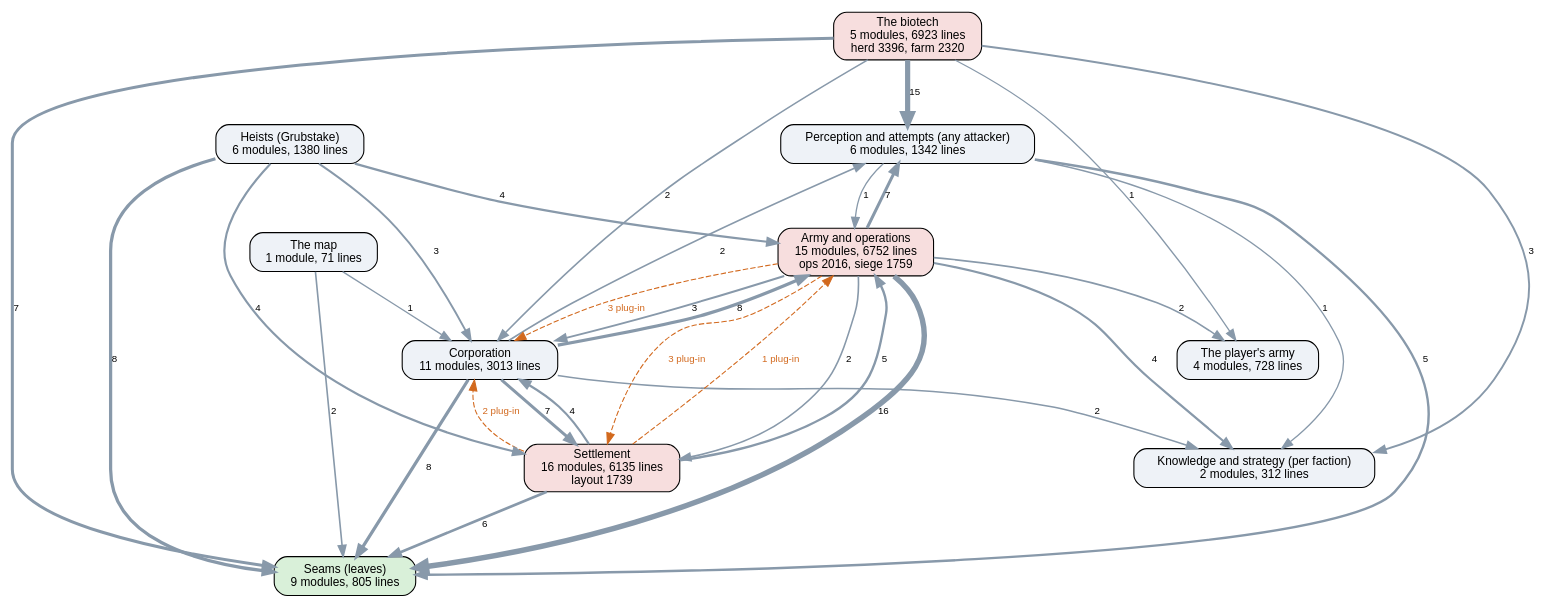
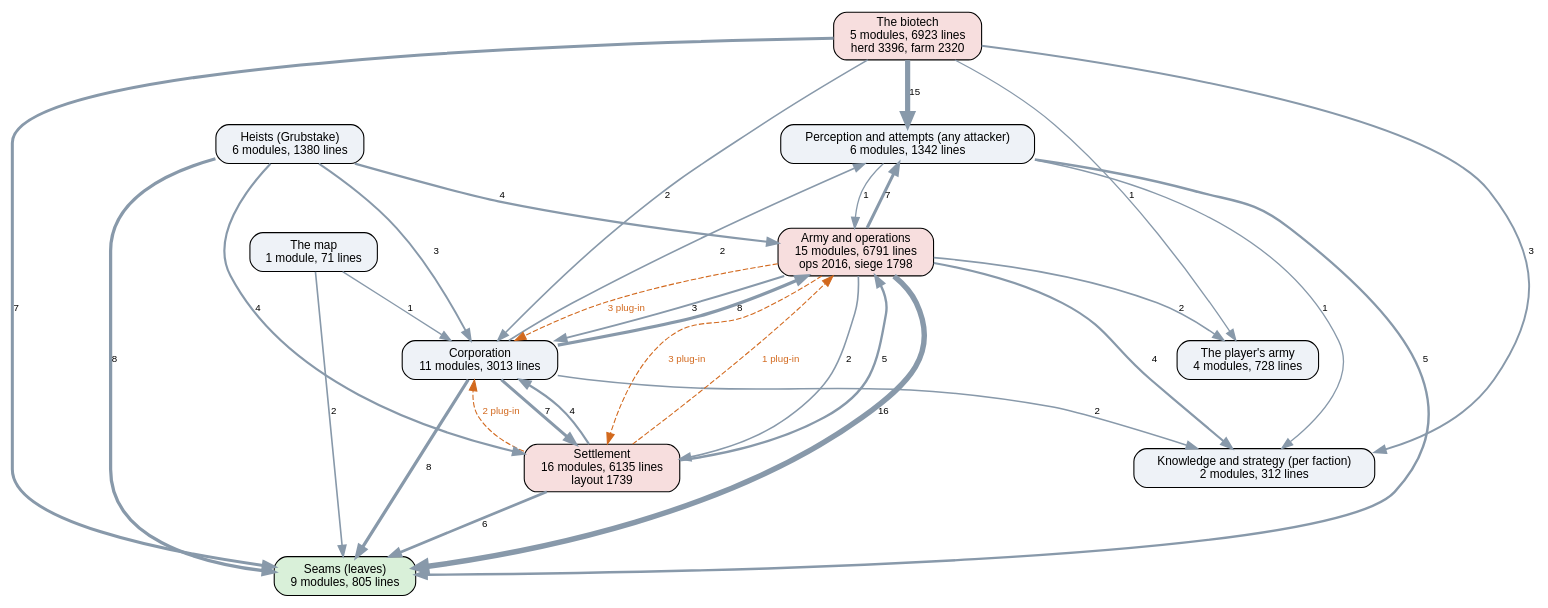
The diagram in docs/ai-layers.dot (kinelhu/landing-party), drawn with Graphviz before and after one commit. The commit also changed 7 other files, not shown here.

```diff
--- a/docs/ai-layers.dot
+++ b/docs/ai-layers.dot
@@ -1,47 +1,47 @@
 digraph layers {
   graph [rankdir=TB, fontname="Helvetica", nodesep=0.5, ranksep=0.7];
   node [shape=box, style="rounded,filled", fontname="Helvetica", fontsize=11, fillcolor="#eef2f7"];
   edge [color="#8899aa", fontname="Helvetica", fontsize=9];
   "Seams (leaves)" [label="Seams (leaves)\n9 modules, 805 lines", fillcolor="#d9f0d9"];
   "Perception and attempts (any attacker)" [label="Perception and attempts (any attacker)\n6 modules, 1342 lines", fillcolor="#eef2f7"];
   "Knowledge and strategy (per faction)" [label="Knowledge and strategy (per faction)\n2 modules, 312 lines", fillcolor="#eef2f7"];
   "Corporation" [label="Corporation\n11 modules, 3013 lines", fillcolor="#eef2f7"];
   "Settlement" [label="Settlement\n16 modules, 6135 lines\nlayout 1739", fillcolor="#f7dede"];
-  "Army and operations" [label="Army and operations\n15 modules, 6752 lines\nops 2016, siege 1759", fillcolor="#f7dede"];
+  "Army and operations" [label="Army and operations\n15 modules, 6791 lines\nops 2016, siege 1798", fillcolor="#f7dede"];
   "Heists (Grubstake)" [label="Heists (Grubstake)\n6 modules, 1380 lines", fillcolor="#eef2f7"];
   "The biotech" [label="The biotech\n5 modules, 6923 lines\nherd 3396, farm 2320", fillcolor="#f7dede"];
   "The map" [label="The map\n1 module, 71 lines", fillcolor="#eef2f7"];
   "The player's army" [label="The player's army\n4 modules, 728 lines", fillcolor="#eef2f7"];
   "Army and operations" -> "Corporation" [label="3", penwidth=1.8];
   "Army and operations" -> "Knowledge and strategy (per faction)" [label="4", penwidth=2.0];
   "Army and operations" -> "Perception and attempts (any attacker)" [label="7", penwidth=2.8];
   "Army and operations" -> "Seams (leaves)" [label="16", penwidth=5.0];
   "Army and operations" -> "Settlement" [label="2", penwidth=1.5];
   "Army and operations" -> "The player's army" [label="2", penwidth=1.5];
   "Corporation" -> "Army and operations" [label="8", penwidth=3.0];
   "Corporation" -> "Knowledge and strategy (per faction)" [label="2", penwidth=1.5];
   "Corporation" -> "Perception and attempts (any attacker)" [label="2", penwidth=1.5];
   "Corporation" -> "Seams (leaves)" [label="8", penwidth=3.0];
   "Corporation" -> "Settlement" [label="7", penwidth=2.8];
   "Heists (Grubstake)" -> "Army and operations" [label="4", penwidth=2.0];
   "Heists (Grubstake)" -> "Corporation" [label="3", penwidth=1.8];
   "Heists (Grubstake)" -> "Seams (leaves)" [label="8", penwidth=3.0];
   "Heists (Grubstake)" -> "Settlement" [label="4", penwidth=2.0];
   "Perception and attempts (any attacker)" -> "Army and operations" [label="1", penwidth=1.2];
   "Perception and attempts (any attacker)" -> "Knowledge and strategy (per faction)" [label="1", penwidth=1.2];
   "Perception and attempts (any attacker)" -> "Seams (leaves)" [label="5", penwidth=2.2];
   "Settlement" -> "Army and operations" [label="5", penwidth=2.2];
   "Settlement" -> "Corporation" [label="4", penwidth=2.0];
   "Settlement" -> "Seams (leaves)" [label="6", penwidth=2.5];
   "The biotech" -> "Corporation" [label="2", penwidth=1.5];
   "The biotech" -> "Knowledge and strategy (per faction)" [label="3", penwidth=1.8];
   "The biotech" -> "Perception and attempts (any attacker)" [label="15", penwidth=4.8];
   "The biotech" -> "Seams (leaves)" [label="7", penwidth=2.8];
   "The biotech" -> "The player's army" [label="1", penwidth=1.2];
   "The map" -> "Corporation" [label="1", penwidth=1.2];
   "The map" -> "Seams (leaves)" [label="2", penwidth=1.5];
   "Army and operations" -> "Corporation" [style=dashed, color="#d2691e", fontcolor="#d2691e", label="3 plug-in"];
   "Army and operations" -> "Settlement" [style=dashed, color="#d2691e", fontcolor="#d2691e", label="3 plug-in"];
   "Settlement" -> "Army and operations" [style=dashed, color="#d2691e", fontcolor="#d2691e", label="1 plug-in"];
   "Settlement" -> "Corporation" [style=dashed, color="#d2691e", fontcolor="#d2691e", label="2 plug-in"];
 }
```
